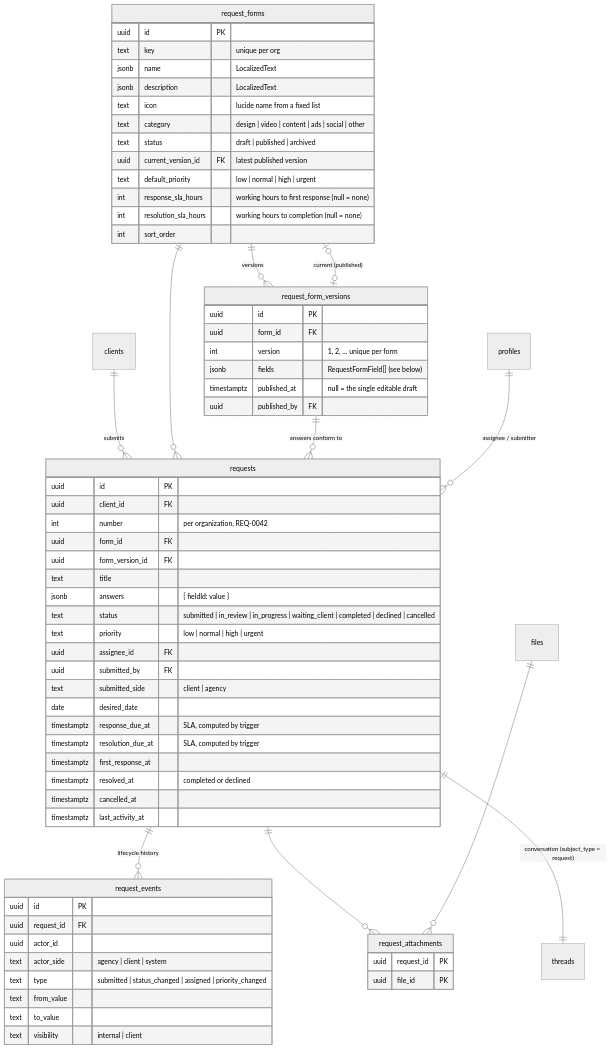
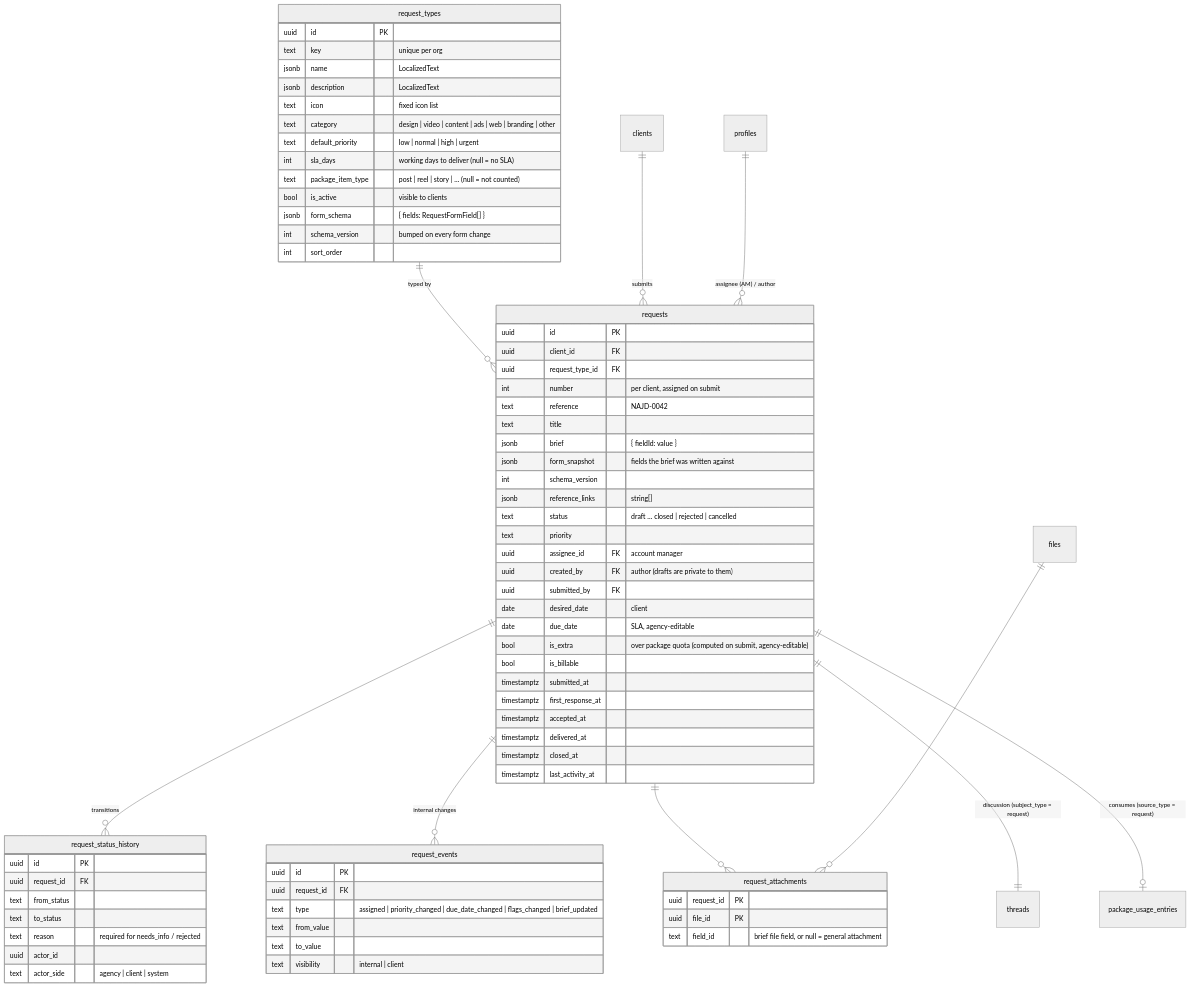
One commit to AHamido84/Central-Team changed the third of 4 diagrams in docs/DATA_MODEL.md. Above: the diagram before and after it, drawn with Mermaid (neutral theme). The commit also changed other lines of this file and 13 other files, not shown here.

````diff
--- a/docs/DATA_MODEL.md
+++ b/docs/DATA_MODEL.md
@@ -455,71 +455,77 @@
 ```mermaid
 erDiagram
-  request_forms ||--o{ request_form_versions : "versions"
-  request_forms |o--o| request_form_versions : "current (published)"
+  request_types ||--o{ requests : "typed by"
   clients ||--o{ requests : submits
-  request_forms ||--o{ requests : ""
-  request_form_versions ||--o{ requests : "answers conform to"
-  requests ||--o{ request_events : "lifecycle history"
+  requests ||--o{ request_status_history : "transitions"
+  requests ||--o{ request_events : "internal changes"
   requests ||--o{ request_attachments : ""
   files ||--o{ request_attachments : ""
-  requests ||--|| threads : "conversation (subject_type = request)"
-  profiles ||--o{ requests : "assignee / submitter"
+  requests ||--|| threads : "discussion (subject_type = request)"
+  requests ||--o| package_usage_entries : "consumes (source_type = request)"
+  profiles ||--o{ requests : "assignee (AM) / author"
 
-  request_forms {
+  request_types {
     uuid id PK
     text key "unique per org"
     jsonb name "LocalizedText"
     jsonb description "LocalizedText"
-    text icon "lucide name from a fixed list"
-    text category "design | video | content | ads | social | other"
-    text status "draft | published | archived"
-    uuid current_version_id FK "latest published version"
+    text icon "fixed icon list"
+    text category "design | video | content | ads | web | branding | other"
     text default_priority "low | normal | high | urgent"
-    int response_sla_hours "working hours to first response (null = none)"
-    int resolution_sla_hours "working hours to completion (null = none)"
+    int sla_days "working days to deliver (null = no SLA)"
+    text package_item_type "post | reel | story | … (null = not counted)"
+    bool is_active "visible to clients"
+    jsonb form_schema "{ fields: RequestFormField[] }"
+    int schema_version "bumped on every form change"
     int sort_order
-  }
-  request_form_versions {
-    uuid id PK
-    uuid form_id FK
-    int version "1, 2, … unique per form"
-    jsonb fields "RequestFormField[] (see below)"
-    timestamptz published_at "null = the single editable draft"
-    uuid published_by FK
   }
   requests {
     uuid id PK
     uuid client_id FK
-    int number "per organization, REQ-0042"
-    uuid form_id FK
-    uuid form_version_id FK
+    uuid request_type_id FK
+    int number "per client, assigned on submit"
+    text reference "NAJD-0042"
     text title
-    jsonb answers "{ fieldId: value }"
-    text status "submitted | in_review | in_progress | waiting_client | completed | declined | cancelled"
-    text priority "low | normal | high | urgent"
-    uuid assignee_id FK
+    jsonb brief "{ fieldId: value }"
+    jsonb form_snapshot "fields the brief was written against"
+    int schema_version
+    jsonb reference_links "string[]"
+    text status "draft … closed | rejected | cancelled"
+    text priority
+    uuid assignee_id FK "account manager"
+    uuid created_by FK "author (drafts are private to them)"
     uuid submitted_by FK
-    text submitted_side "client | agency"
-    date desired_date
-    timestamptz response_due_at "SLA, computed by trigger"
-    timestamptz resolution_due_at "SLA, computed by trigger"
+    date desired_date "client"
+    date due_date "SLA, agency-editable"
+    bool is_extra "over package quota (computed on submit, agency-editable)"
+    bool is_billable
+    timestamptz submitted_at
     timestamptz first_response_at
-    timestamptz resolved_at "completed or declined"
-    timestamptz cancelled_at
+    timestamptz accepted_at
+    timestamptz delivered_at
+    timestamptz closed_at
     timestamptz last_activity_at
+  }
+  request_status_history {
+    uuid id PK
+    uuid request_id FK
+    text from_status
+    text to_status
+    text reason "required for needs_info / rejected"
+    uuid actor_id
+    text actor_side "agency | client | system"
   }
   request_events {
     uuid id PK
     uuid request_id FK
-    uuid actor_id
-    text actor_side "agency | client | system"
-    text type "submitted | status_changed | assigned | priority_changed"
+    text type "assigned | priority_changed | due_date_changed | flags_changed | brief_updated"
     text from_value
     text to_value
     text visibility "internal | client"
   }
   request_attachments {
     uuid request_id PK
     uuid file_id PK
+    text field_id "brief file field, or null = general attachment"
   }
 ```
````
